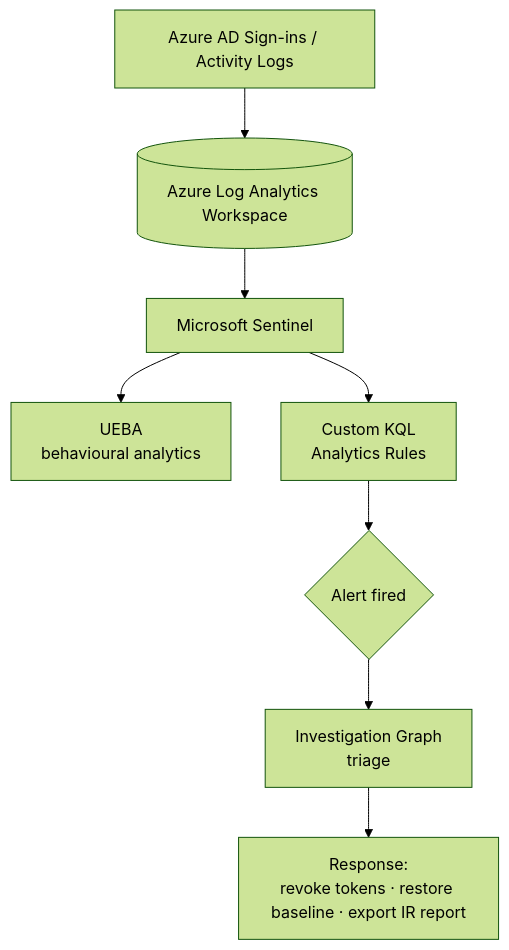
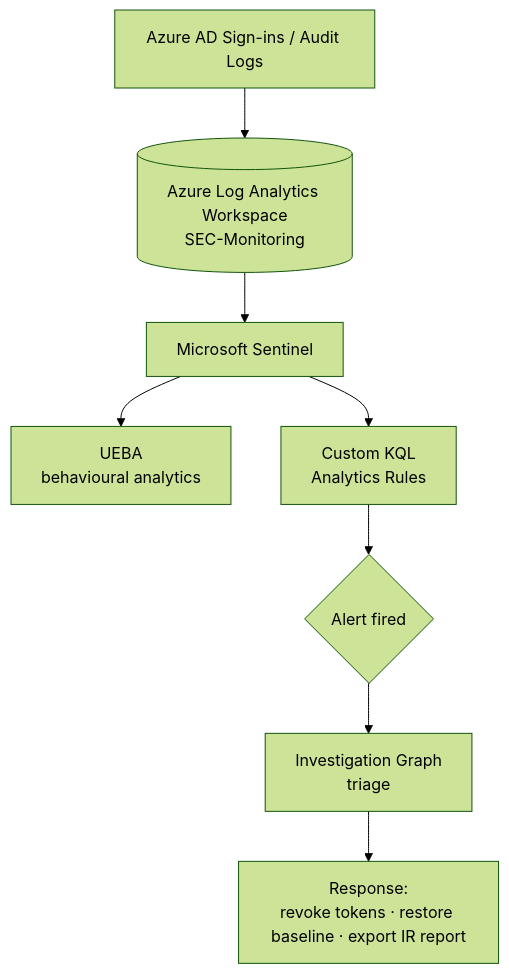
Before and after one commit to Kuldeep-Mishra00/azure-sentinel-soc-lab: the diagram in README.md, drawn with Mermaid (forest theme). The commit also changed other lines of this file, not shown here.

````diff
--- a/README.md
+++ b/README.md
@@ -22,10 +22,10 @@
 ```mermaid
 flowchart TD
-    A[Azure AD Sign-ins / Activity Logs] --> B[(Azure Log Analytics Workspace)]
+    A[Azure AD Sign-ins / Audit Logs] --> B[(Azure Log Analytics Workspace<br/>SEC-Monitoring)]
     B --> C[Microsoft Sentinel]
     C --> D[UEBA<br/>behavioural analytics]
     C --> E[Custom KQL<br/>Analytics Rules]
     E --> F{Alert fired}
     F --> G[Investigation Graph<br/>triage]
     G --> H[Response:<br/>revoke tokens · restore baseline · export IR report]
 ```
````
